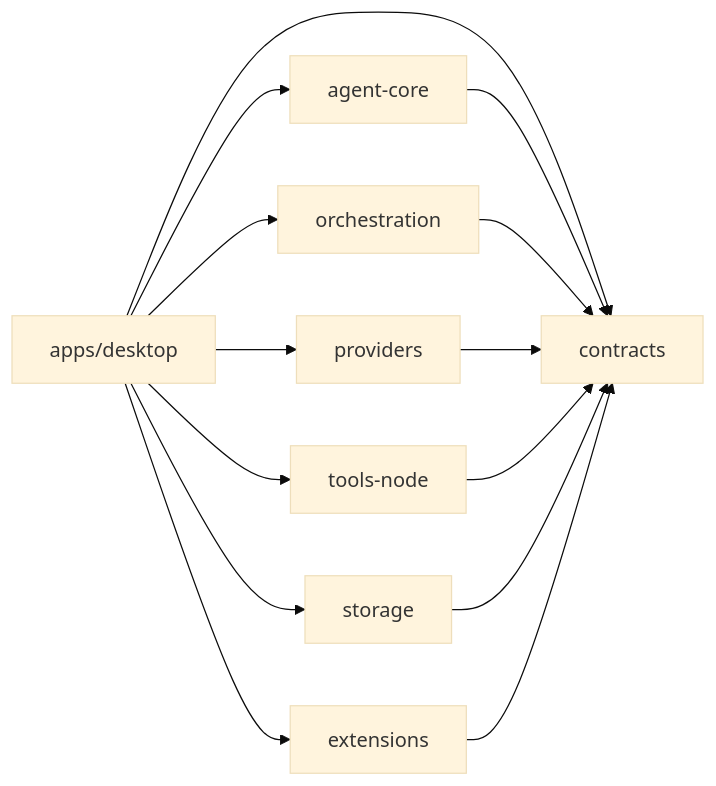
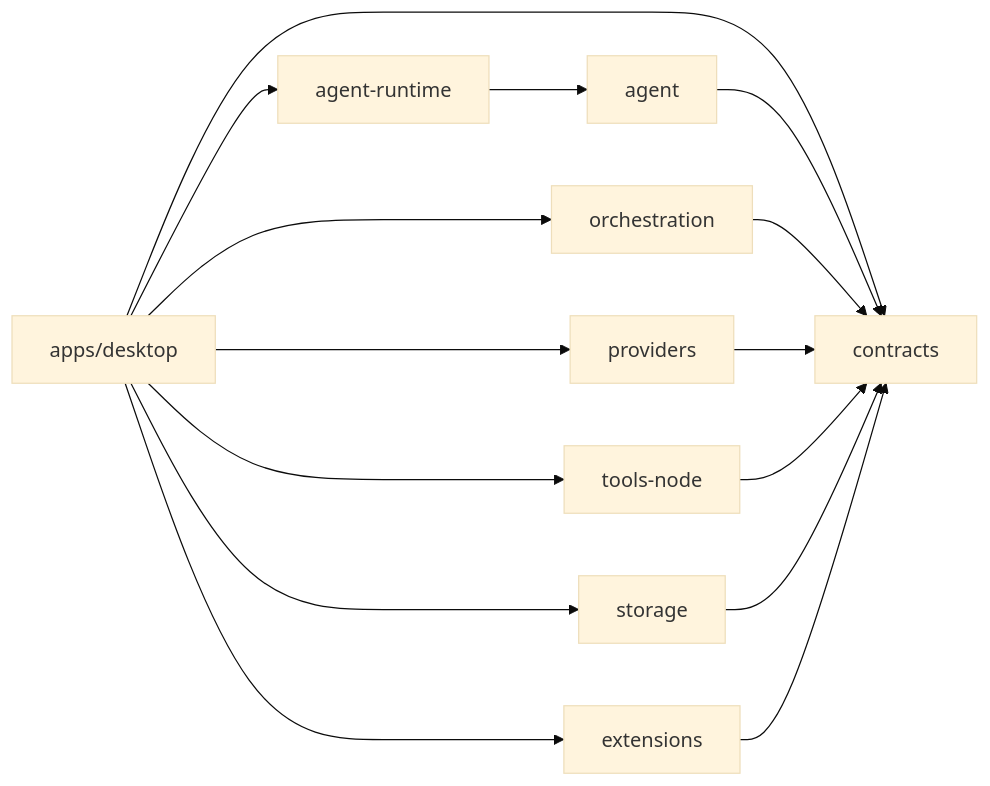
One commit to zxt6991-source/jojo-agent changed the diagram in docs/technical-implementation/README.md. Above: the diagram before and after it, drawn with Mermaid (base theme). The commit also changed other lines of this file and 76 other files, not shown here.

````diff
--- a/docs/technical-implementation/README.md
+++ b/docs/technical-implementation/README.md
@@ -28,16 +29,17 @@
 ```mermaid
 flowchart LR
     D["apps/desktop"] --> C["contracts"]
-    D --> A["agent-core"]
+    D --> R["agent-runtime"]
+    R --> A["agent"]
     D --> P["providers"]
     D --> T["tools-node"]
     D --> S["storage"]
     D --> O["orchestration"]
     D --> E["extensions"]
     A --> C
     O --> C
     P --> C
     T --> C
     S --> C
     E --> C
 ```
````
